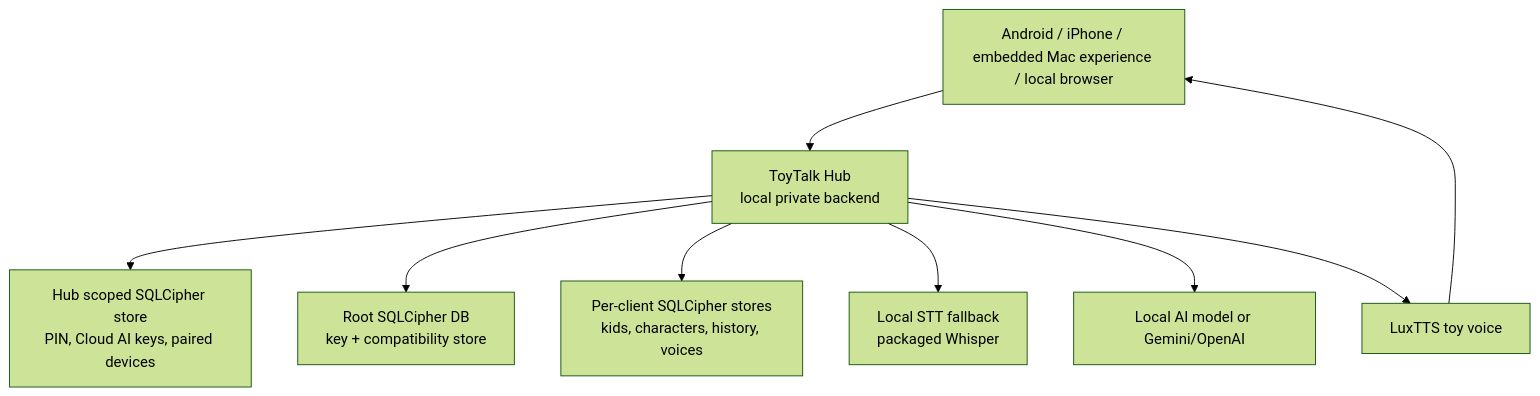
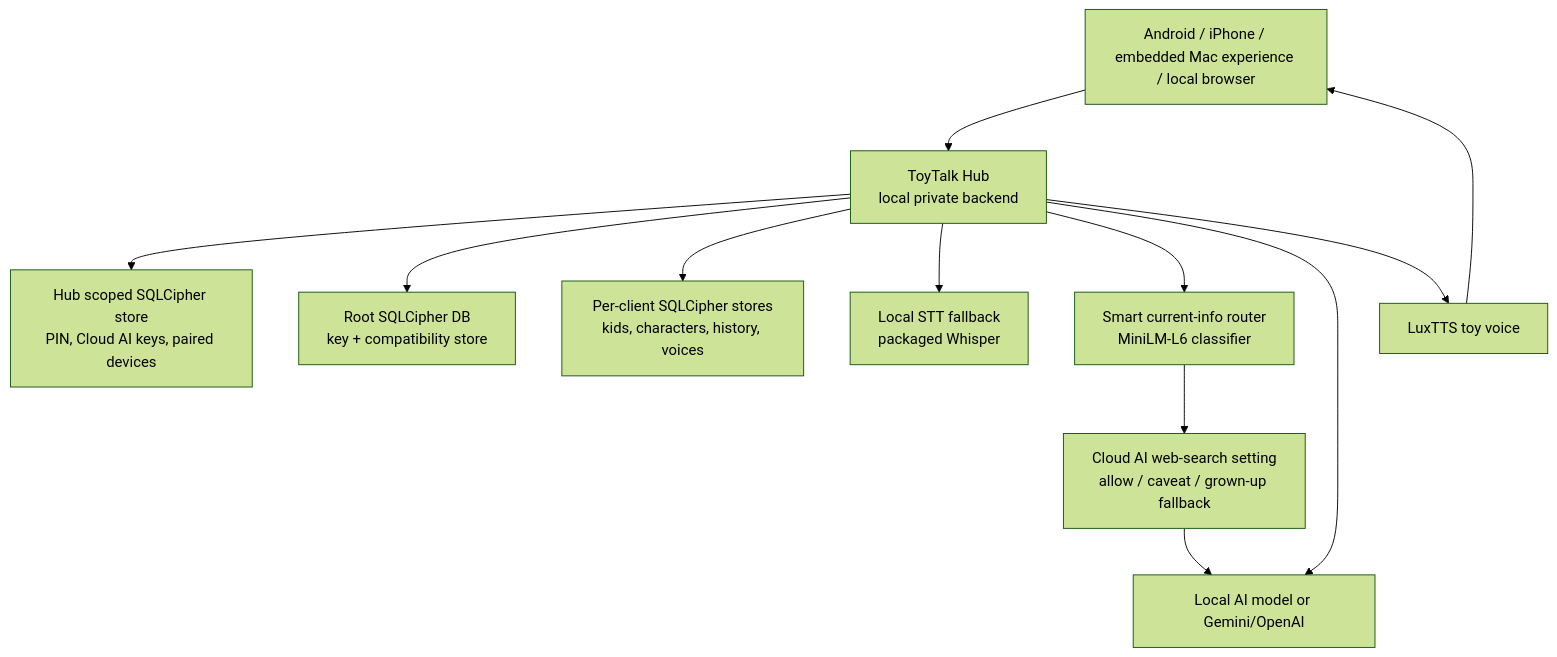
The diagram in README.md (palwe-prafulla/plushpal), drawn with Mermaid (forest theme) before and after one commit. The commit also changed other lines of this file and 50 other files, not shown here.

Commit message:
Finalize ToyTalk v2 hub architecture

````diff
--- a/README.md
+++ b/README.md
@@ -88,11 +95,14 @@
 ```mermaid
 flowchart TB
     Clients["Android / iPhone / embedded Mac experience / local browser"] --> Hub["ToyTalk Hub<br/>local private backend"]
     Hub --> HubDB["Hub scoped SQLCipher store<br/>PIN, Cloud AI keys, paired devices"]
     Hub --> Registry["Root SQLCipher DB<br/>key + compatibility store"]
     Hub --> ClientDB["Per-client SQLCipher stores<br/>kids, characters, history, voices"]
     Hub --> STT["Local STT fallback<br/>packaged Whisper"]
+    Hub --> Router["Smart current-info router<br/>MiniLM-L6 classifier"]
+    Router --> SearchGate["Cloud AI web-search setting<br/>allow / caveat / grown-up fallback"]
     Hub --> AI["Local AI model or Gemini/OpenAI"]
+    SearchGate --> AI
     Hub --> TTS["LuxTTS toy voice"]
     TTS --> Clients
 ```
````
